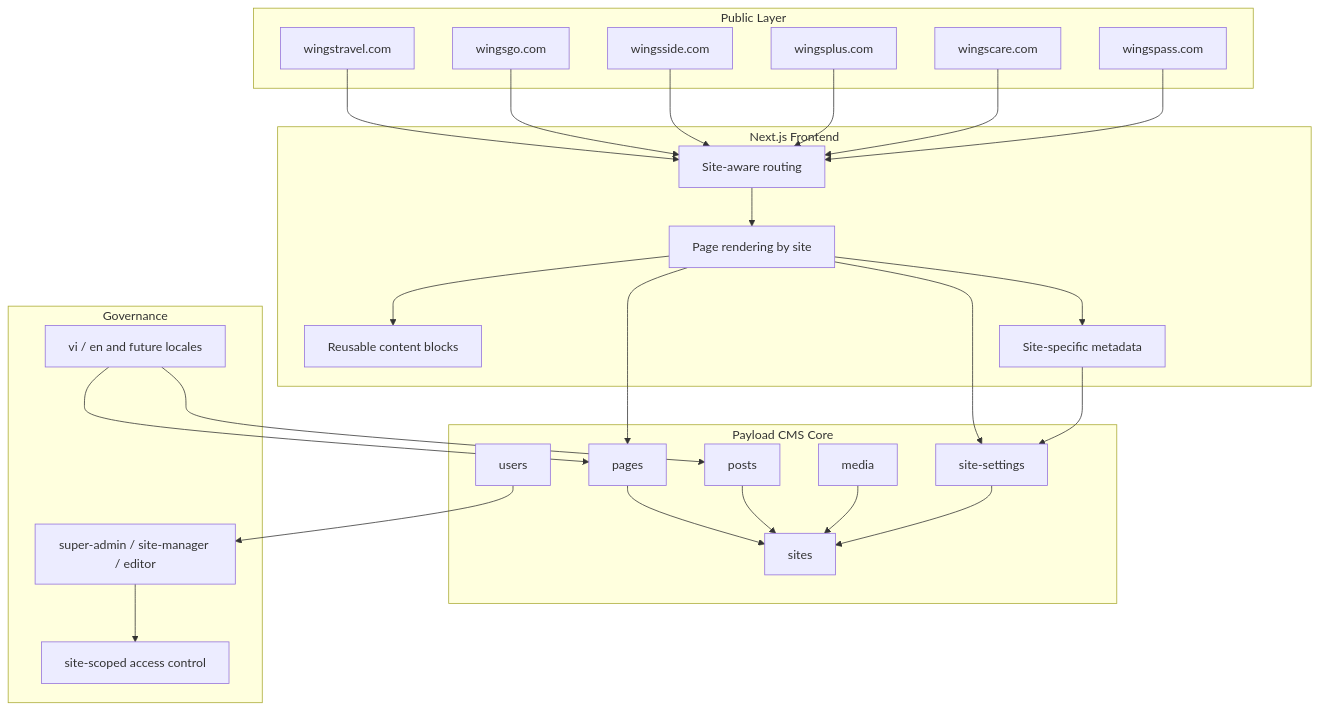
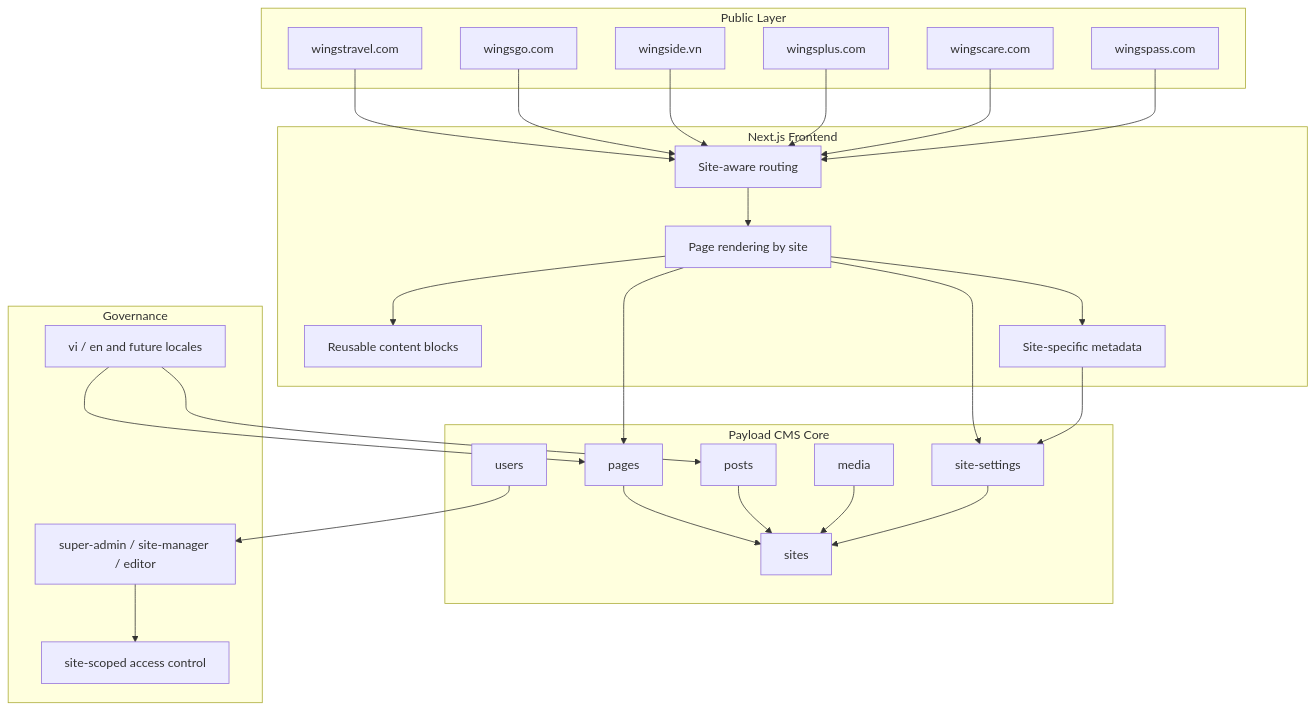
One commit to tankisstank/WingsGroup changed the diagram in source/strategy/19 Kiến trúc đề xuất nội bộ WingsTravel Payload.md. Above: the diagram before and after it, drawn with Mermaid. The commit also changed other lines of this file and 17 other files, not shown here.

````diff
--- a/source/strategy/19 Kiến trúc đề xuất nội bộ WingsTravel Payload.md
+++ b/source/strategy/19 Kiến trúc đề xuất nội bộ WingsTravel Payload.md
@@ -119,57 +119,57 @@
 ```mermaid
 flowchart TB
     subgraph Public["Public Layer"]
         DomainA["wingstravel.com"]
         DomainB["wingsgo.com"]
-        DomainC["wingsside.com"]
+        DomainC["wingside.vn"]
         DomainD["wingsplus.com"]
         DomainE["wingscare.com"]
         DomainF["wingspass.com"]
     end
 
     subgraph Frontend["Next.js Frontend"]
         Routing["Site-aware routing"]
         Render["Page rendering by site"]
         Blocks["Reusable content blocks"]
         SEO["Site-specific metadata"]
     end
 
     subgraph CMS["Payload CMS Core"]
         Sites["sites"]
         Settings["site-settings"]
         Pages["pages"]
         Posts["posts"]
         Media["media"]
         Users["users"]
     end
 
     subgraph Governance["Governance"]
         Roles["super-admin / site-manager / editor"]
         Locale["vi / en and future locales"]
         Access["site-scoped access control"]
     end
 
     DomainA --> Routing
     DomainB --> Routing
     DomainC --> Routing
     DomainD --> Routing
     DomainE --> Routing
     DomainF --> Routing
 
     Routing --> Render
     Render --> Blocks
     Render --> SEO
 
     Render --> Pages
     Render --> Settings
     SEO --> Settings
 
     Pages --> Sites
     Posts --> Sites
     Media --> Sites
     Settings --> Sites
     Users --> Roles
     Roles --> Access
     Locale --> Pages
     Locale --> Posts
 ```
````
